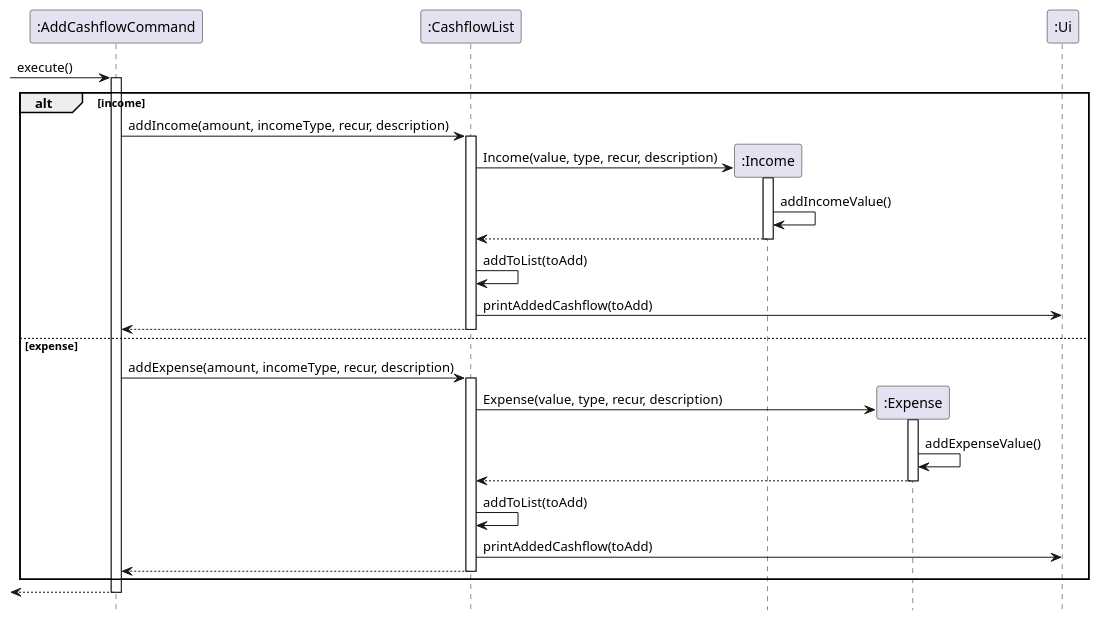
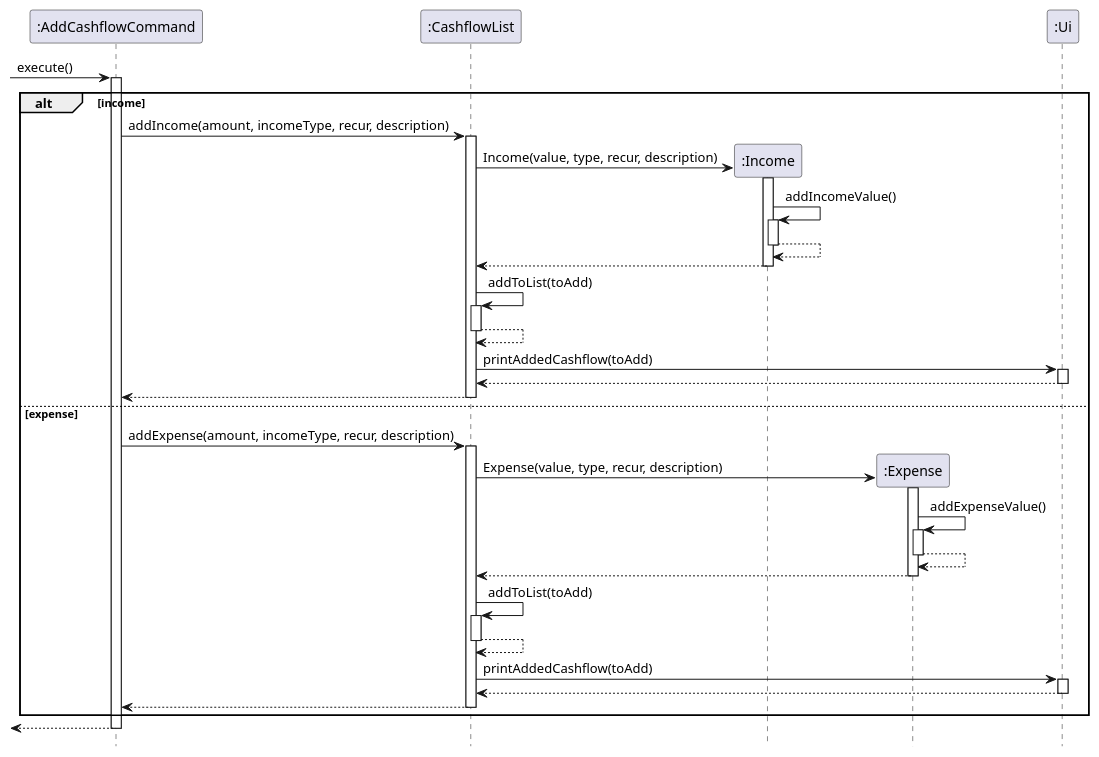
Before and after one commit to nus-cs2113-AY2324S1/tp: the diagram in docs/diagrams/cashflow/AddCashflowSequence.puml, drawn with PlantUML. The commit also changed 5 other files, not shown here.

Commit message:
Add activation bars to sequence diagrams

```diff
--- a/docs/diagrams/cashflow/AddCashflowSequence.puml
+++ b/docs/diagrams/cashflow/AddCashflowSequence.puml
@@ -1,38 +1,51 @@
 @startuml
 
 participant ":AddCashflowCommand" as AddCashflowCommand
 participant ":CashflowList" as CashflowList
 participant ":Income" as Income
 participant ":Expense" as Expense
 participant ":Ui" as Ui
 
 -> AddCashflowCommand: execute()
 activate AddCashflowCommand
 alt income
     AddCashflowCommand -> CashflowList: addIncome(amount, incomeType, recur, description)
     activate CashflowList
     create Income
     CashflowList -> Income: Income(value, type, recur, description)
     activate Income
     Income -> Income: addIncomeValue()
+    activate Income
+    return
+
     return
     CashflowList -> CashflowList: addToList(toAdd)
+    activate CashflowList
+    return
     CashflowList -> Ui: printAddedCashflow(toAdd)
+    activate Ui
+    return
     return
 
 else expense
     AddCashflowCommand -> CashflowList: addExpense(amount, incomeType, recur, description)
     activate CashflowList
     create Expense
     CashflowList -> Expense: Expense(value, type, recur, description)
     activate Expense
     Expense -> Expense: addExpenseValue()
+    activate Expense
+    return
+
     return
     CashflowList -> CashflowList: addToList(toAdd)
+    activate CashflowList
+    return
     CashflowList -> Ui: printAddedCashflow(toAdd)
+    activate Ui
+    return
     return
 end
 return
-
 hide footbox
 @enduml
```
